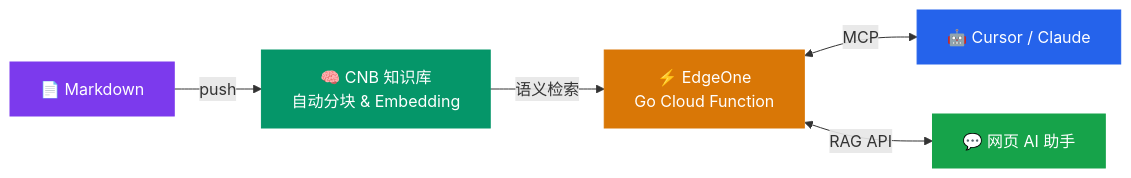
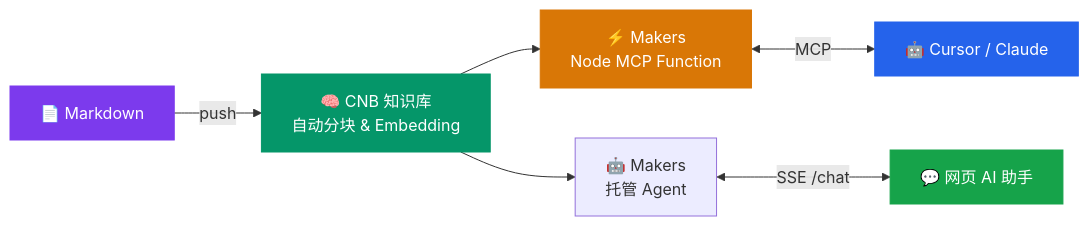
One commit to Mintimate/vector-mcp-edge changed the fourth of 4 diagrams in slides/slides.md. Above: the diagram before and after it, drawn with Mermaid. The commit also changed other lines of this file and 21 other files, not shown here.

Commit message:
docs: 更新 EdgeOne Makers Agent 架构说明

````diff
--- a/slides/slides.md
+++ b/slides/slides.md
@@ -501,13 +501,14 @@
 ```mermaid {scale: 0.55, theme: 'dark'}
 flowchart LR
     A["📄 Markdown"] -->|push| B["🧠 CNB 知识库<br/>自动分块 & Embedding"]
-    B -->|语义检索| C["⚡ EdgeOne<br/>Go Cloud Function"]
+    B --> C["⚡ Makers<br/>Node MCP Function"]
+    B --> F["🤖 Makers<br/>托管 Agent"]
     C <-->|MCP| D["🤖 Cursor / Claude"]
-    C <-->|RAG API| E["💬 网页 AI 助手"]
+    F <-->|SSE /chat| E["💬 网页 AI 助手"]
 
     style A fill:#7c3aed,stroke:#7c3aed,color:#fff
     style B fill:#059669,stroke:#059669,color:#fff
     style C fill:#d97706,stroke:#d97706,color:#fff
     style D fill:#2563eb,stroke:#2563eb,color:#fff
     style E fill:#16a34a,stroke:#16a34a,color:#fff
 ```
````
